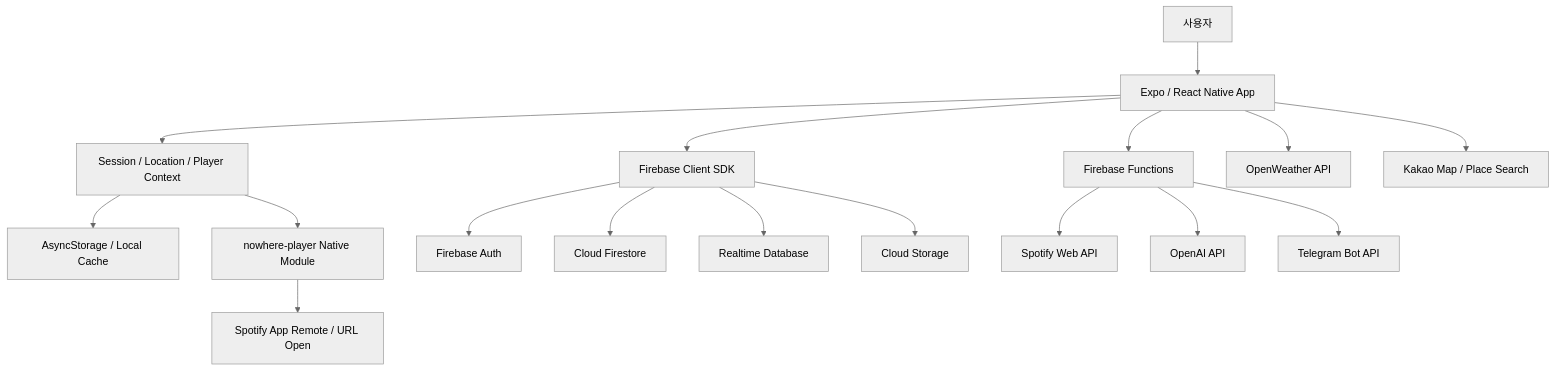
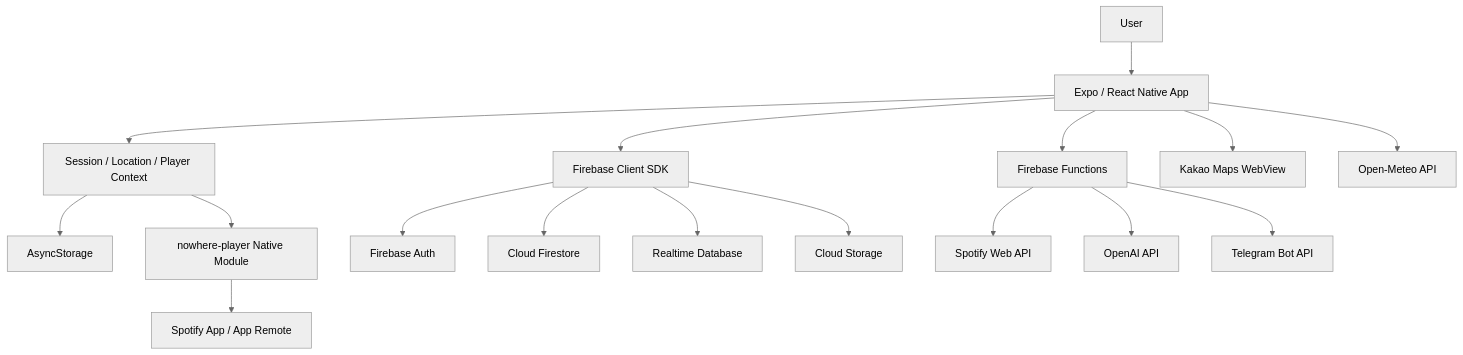
Before and after one commit to 0si0/NOWHERE: the second of 2 diagrams in README.md, drawn with Mermaid (neutral theme). The commit also changed other lines of this file and 9 other files, not shown here.

````diff
--- a/README.md
+++ b/README.md
@@ -160,19 +187,19 @@
 ```mermaid
 flowchart TD
-  User["사용자"] --> App["Expo / React Native App"]
+  User["User"] --> App["Expo / React Native App"]
   App --> Contexts["Session / Location / Player Context"]
-  Contexts --> Local["AsyncStorage / Local Cache"]
+  Contexts --> Cache["AsyncStorage"]
   Contexts --> Native["nowhere-player Native Module"]
-  Native --> SpotifyApp["Spotify App Remote / URL Open"]
-  App --> FirebaseClient["Firebase Client SDK"]
-  FirebaseClient --> Auth["Firebase Auth"]
-  FirebaseClient --> Firestore["Cloud Firestore"]
-  FirebaseClient --> RTDB["Realtime Database"]
-  FirebaseClient --> Storage["Cloud Storage"]
+  Native --> SpotifyApp["Spotify App / App Remote"]
+  App --> FirebaseSDK["Firebase Client SDK"]
+  FirebaseSDK --> Auth["Firebase Auth"]
+  FirebaseSDK --> Firestore["Cloud Firestore"]
+  FirebaseSDK --> RTDB["Realtime Database"]
+  FirebaseSDK --> Storage["Cloud Storage"]
   App --> Functions["Firebase Functions"]
   Functions --> SpotifyAPI["Spotify Web API"]
   Functions --> OpenAI["OpenAI API"]
   Functions --> Telegram["Telegram Bot API"]
-  App --> Weather["OpenWeather API"]
-  App --> Kakao["Kakao Map / Place Search"]
+  App --> Kakao["Kakao Maps WebView"]
+  App --> Weather["Open-Meteo API"]
 ```
````
